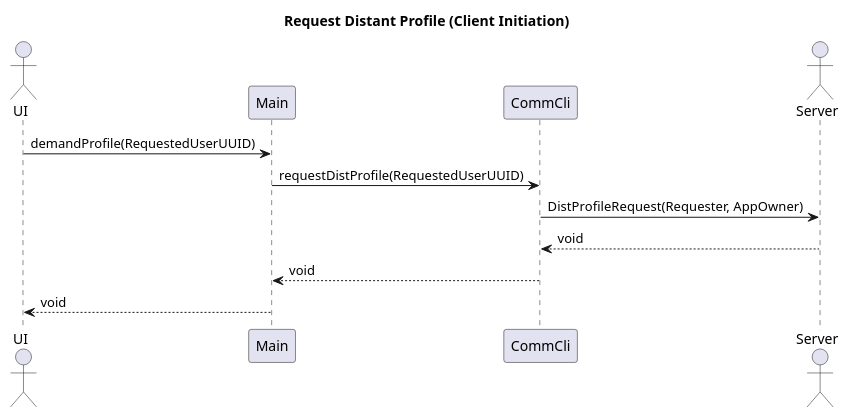
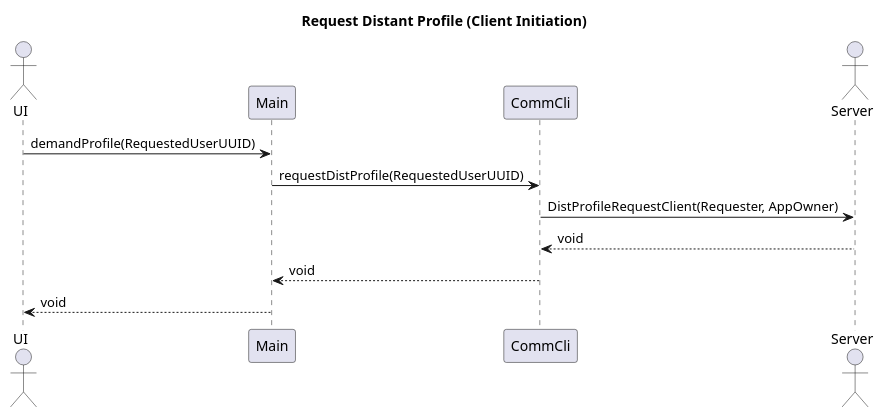
The diagram in diagrams/sequences/SeeProfile/RequestDistantProfile.pu (moha-tah/kanban-project), drawn with PlantUML before and after one commit. The commit also changed 2 other files, not shown here.

Commit message:
Correction UML (#168)

```diff
--- a/diagrams/sequences/SeeProfile/RequestDistantProfile.pu
+++ b/diagrams/sequences/SeeProfile/RequestDistantProfile.pu
@@ -1,16 +1,16 @@
 @startuml
 title Request Distant Profile (Client Initiation)
 
 actor "UI" as UI
 participant "Main" as Client
 participant "CommCli" as CommClient
 actor Server as S
 
 UI -> Client : demandProfile(RequestedUserUUID)
 Client -> CommClient : requestDistProfile(RequestedUserUUID)
-CommClient -> S : DistProfileRequest(Requester, AppOwner)
+CommClient -> S : DistProfileRequestClient(Requester, AppOwner)
 S --> CommClient : void
 CommClient --> Client : void
 Client --> UI : void
 
 @enduml
```
